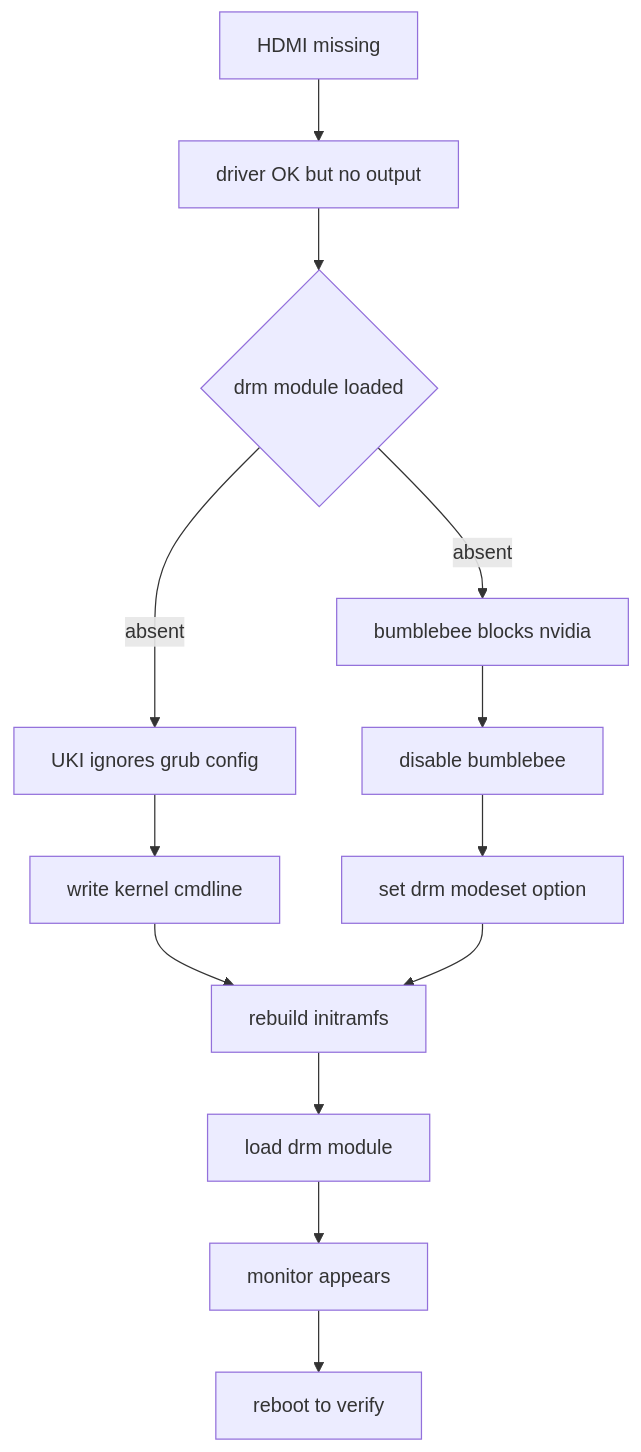
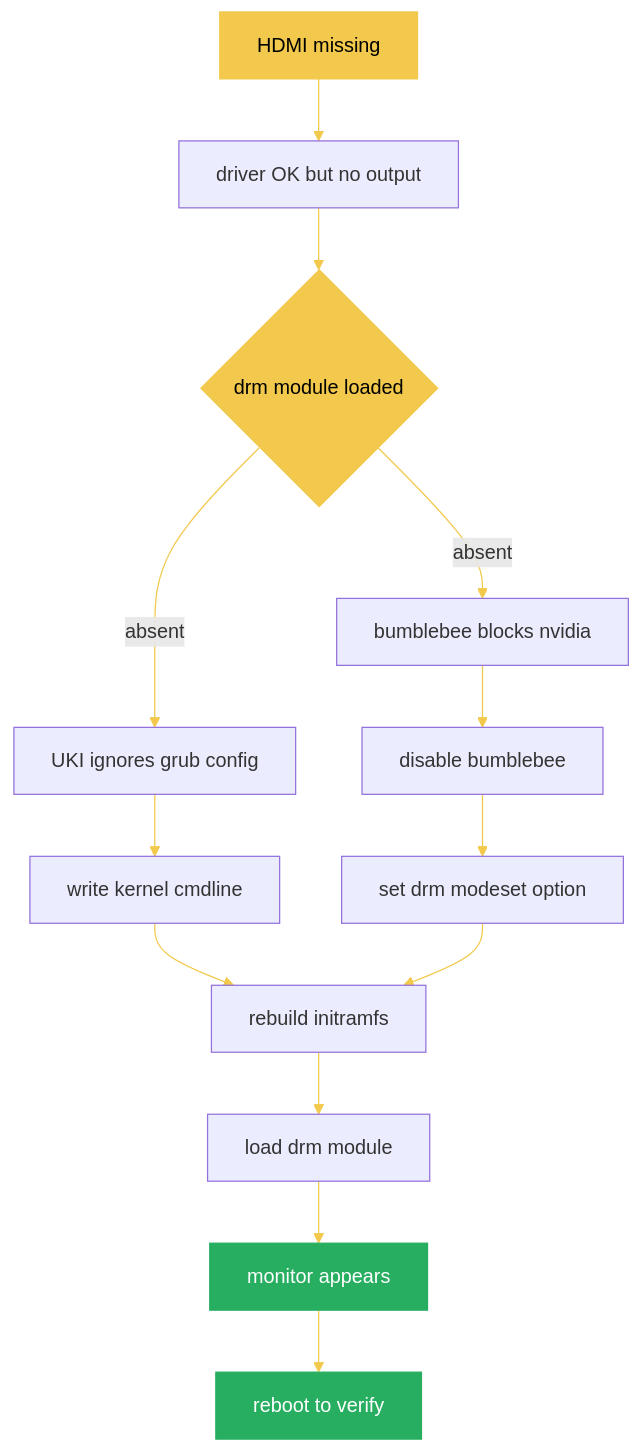
Before and after one commit to 444Nazky/My-Vault: the third of 11 diagrams in Graphs/System-Diagrams.md, drawn with Mermaid. The commit also changed other lines of this file and 15 other files, not shown here.

````diff
--- a/Graphs/System-Diagrams.md
+++ b/Graphs/System-Diagrams.md
@@ -43,15 +59,20 @@
 ```mermaid
+%%{init: {'theme': 'default', 'themeVariables': { 'primaryColor': '#F2C94C', 'lineColor': '#F2C94C'}}}%%
 flowchart TD
  A["HDMI missing"] --> B["driver OK but no output"]
  B --> C{"drm module loaded"}
  C -->|"absent"| D["UKI ignores grub config"]
  C -->|"absent"| E["bumblebee blocks nvidia"]
  D --> F["write kernel cmdline"]
  E --> G["disable bumblebee"]
  G --> H["set drm modeset option"]
  F --> I["rebuild initramfs"]
  H --> I
  I --> J["load drm module"]
  J --> K["monitor appears"]
  K --> L["reboot to verify"]
+ style A fill:#F2C94C,stroke:#F2C94C,color:#000
+ style C fill:#F2C94C,stroke:#F2C94C,color:#000
+ style K fill:#27AE60,stroke:#27AE60,color:#fff
+ style L fill:#27AE60,stroke:#27AE60,color:#fff
 ```
````
